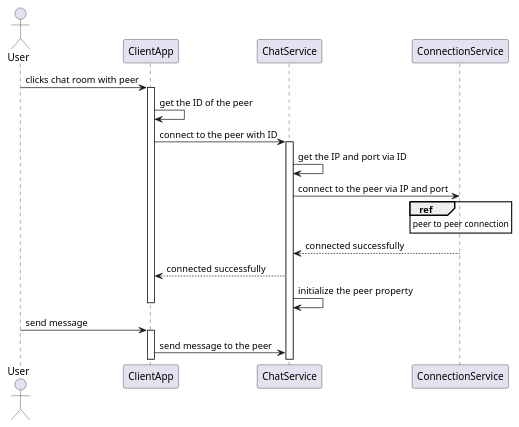
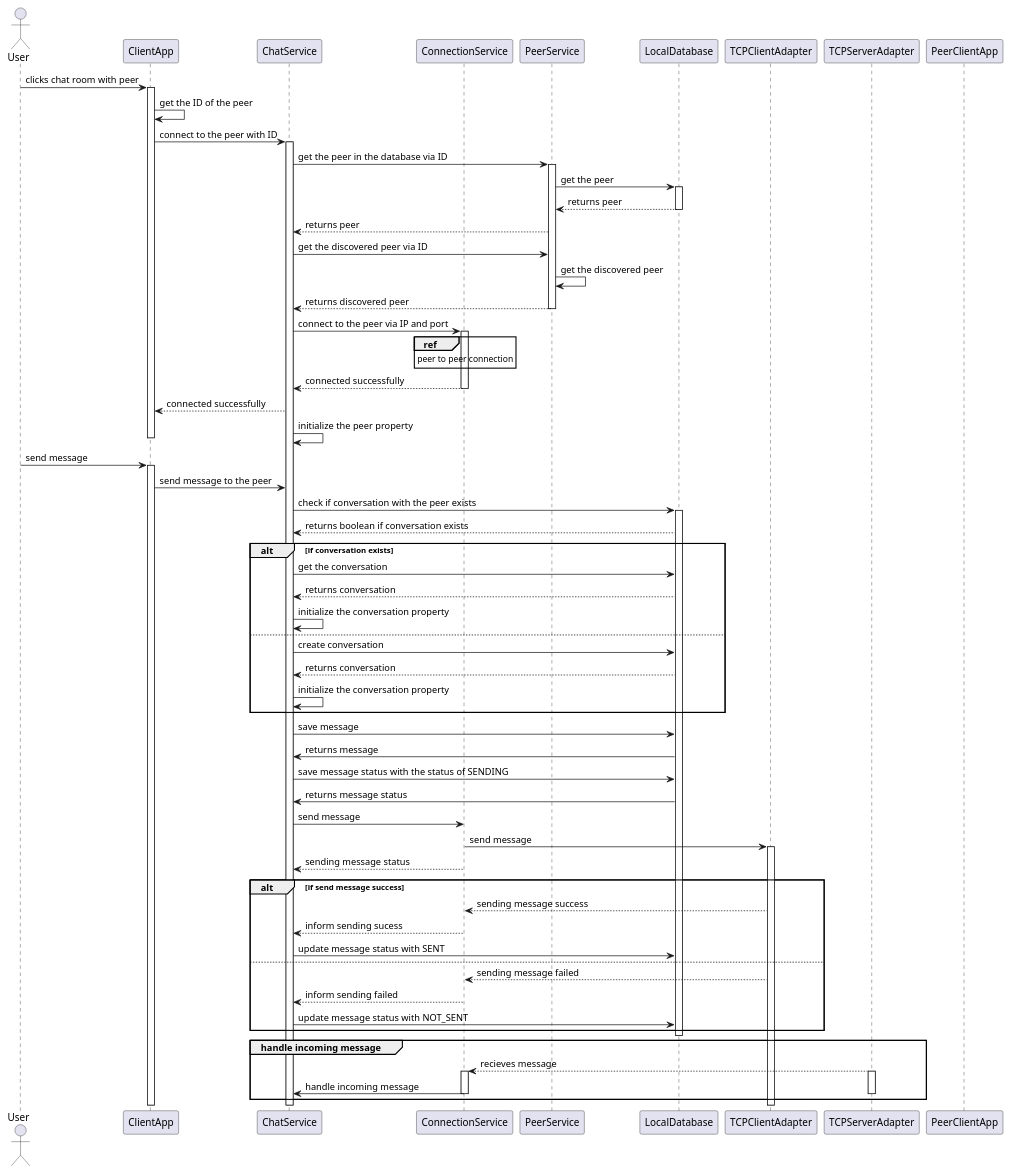
The diagram in diagrams/lan-messaging.plantuml (SAPOT-System/YLP-software), drawn with PlantUML before and after one commit.

Commit message:
feat(diagrams): update LAN messaging sequence diagram with conversation handling and message status updates

```diff
--- a/diagrams/lan-messaging.plantuml
+++ b/diagrams/lan-messaging.plantuml
@@ -1,25 +1,86 @@
 @startuml lan-messaging
 actor User
 participant ClientApp
 participant ChatService
 participant ConnectionService
+participant PeerService
+participant LocalDatabase
+participant TCPClientAdapter
+participant TCPServerAdapter
+participant PeerClientApp
 
 User -> ClientApp: clicks chat room with peer
 activate ClientApp
 ClientApp -> ClientApp: get the ID of the peer
 ClientApp -> ChatService: connect to the peer with ID
 activate ChatService
-ChatService -> ChatService: get the IP and port via ID
+ChatService -> PeerService: get the peer in the database via ID
+
+activate PeerService
+PeerService -> LocalDatabase: get the peer
+activate LocalDatabase
+LocalDatabase --> PeerService: returns peer
+deactivate LocalDatabase
+PeerService--> ChatService: returns peer
+
+ChatService -> PeerService: get the discovered peer via ID
+PeerService -> PeerService: get the discovered peer
+PeerService --> ChatService: returns discovered peer
+deactivate PeerService
+
 ChatService -> ConnectionService: connect to the peer via IP and port
+activate ConnectionService
 ref over ConnectionService : peer to peer connection
 ConnectionService --> ChatService: connected successfully
+deactivate ConnectionService
 ChatService --> ClientApp: connected successfully
 ChatService->ChatService: initialize the peer property
 deactivate ClientApp
 
 User -> ClientApp: send message
 activate ClientApp
 ClientApp -> ChatService: send message to the peer
+ChatService->LocalDatabase: check if conversation with the peer exists
+activate LocalDatabase
+LocalDatabase-->ChatService: returns boolean if conversation exists
+alt if conversation exists
+    ChatService->LocalDatabase: get the conversation
+    LocalDatabase-->ChatService: returns conversation
+    ChatService->ChatService: initialize the conversation property
+else
+    ChatService->LocalDatabase: create conversation
+    LocalDatabase-->ChatService: returns conversation
+    ChatService->ChatService: initialize the conversation property
+end
 
+ChatService->LocalDatabase: save message
+LocalDatabase->ChatService: returns message
+ChatService->LocalDatabase: save message status with the status of SENDING
+LocalDatabase->ChatService: returns message status
+
+ChatService->ConnectionService: send message
+ConnectionService->TCPClientAdapter: send message
+activate TCPClientAdapter
+ConnectionService-->ChatService: sending message status
+alt if send message success
+    TCPClientAdapter-->ConnectionService: sending message success
+    ConnectionService-->ChatService: inform sending sucess
+    ChatService->LocalDatabase: update message status with SENT
+else
+    TCPClientAdapter-->ConnectionService: sending message failed
+    ConnectionService-->ChatService: inform sending failed
+    ChatService->LocalDatabase: update message status with NOT_SENT
+end
+deactivate LocalDatabase
+
+group handle incoming message
+TCPServerAdapter-->ConnectionService: recieves message
+activate TCPServerAdapter
+activate ConnectionService
+ConnectionService->ChatService: handle incoming message
+
+deactivate ConnectionService
+deactivate TCPServerAdapter
+end
 
 @enduml
```
